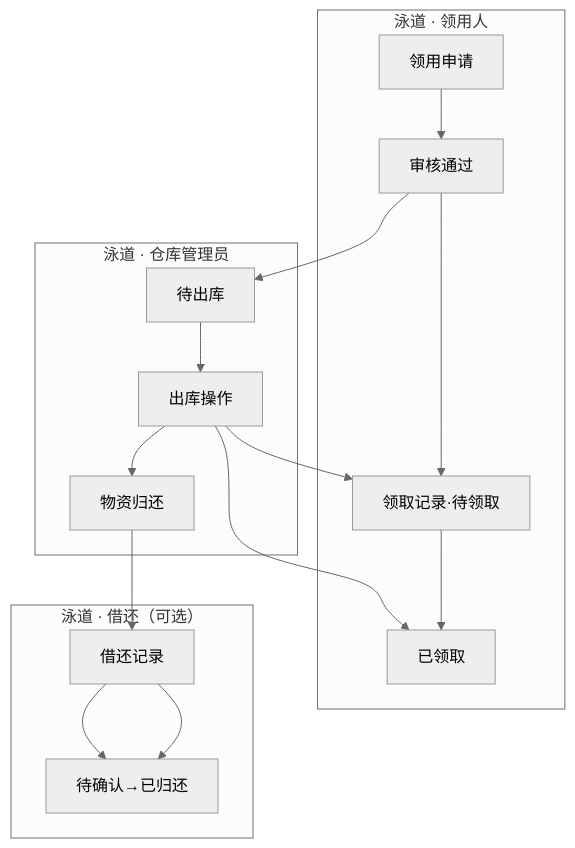
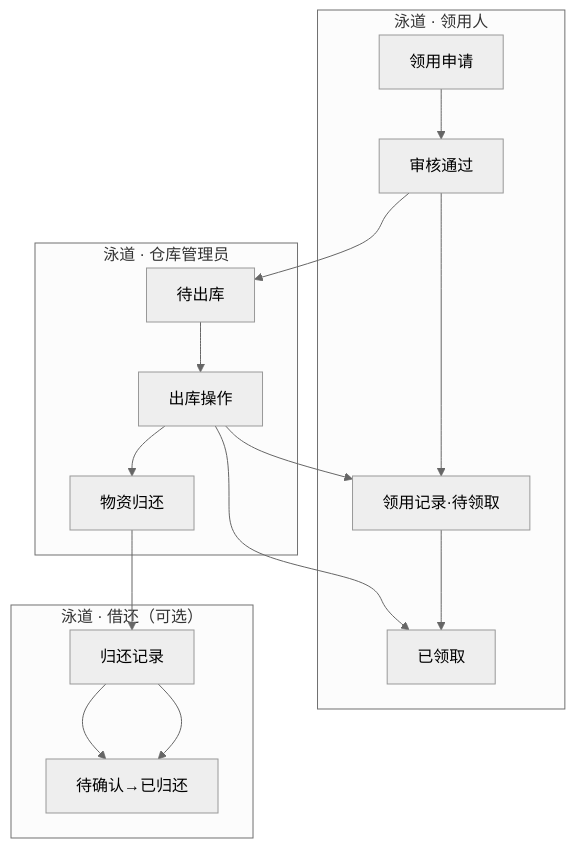
Diagram 26 of 34 in docs/prd.md (liaoliao66/wms), drawn with Mermaid (neutral theme) before and after one commit. The commit also changed other lines of this file and 20 other files, not shown here.

````diff
--- a/docs/prd.md
+++ b/docs/prd.md
@@ -2283,17 +2283,17 @@
 ```mermaid
 flowchart TB
     subgraph uf3_user["泳道 · 领用人"]
-        U1["领用申请"] --> U2["审核通过"] --> U3["领取记录·待领取"] --> U4["已领取"]
+        U1["领用申请"] --> U2["审核通过"] --> U3["领用记录·待领取"] --> U4["已领取"]
     end
     subgraph uf3_wh["泳道 · 仓库管理员"]
         W1["待出库"] --> W2["出库操作"] --> W3["物资归还"]
     end
     subgraph uf3_ret["泳道 · 借还（可选）"]
-        R1["借还记录"] --> R2["待确认→已归还"]
+        R1["归还记录"] --> R2["待确认→已归还"]
     end
     U2 --> W1
     W2 --> U3
     W2 --> U4
     W3 --> R1
     R1 --> R2
 ```
````
